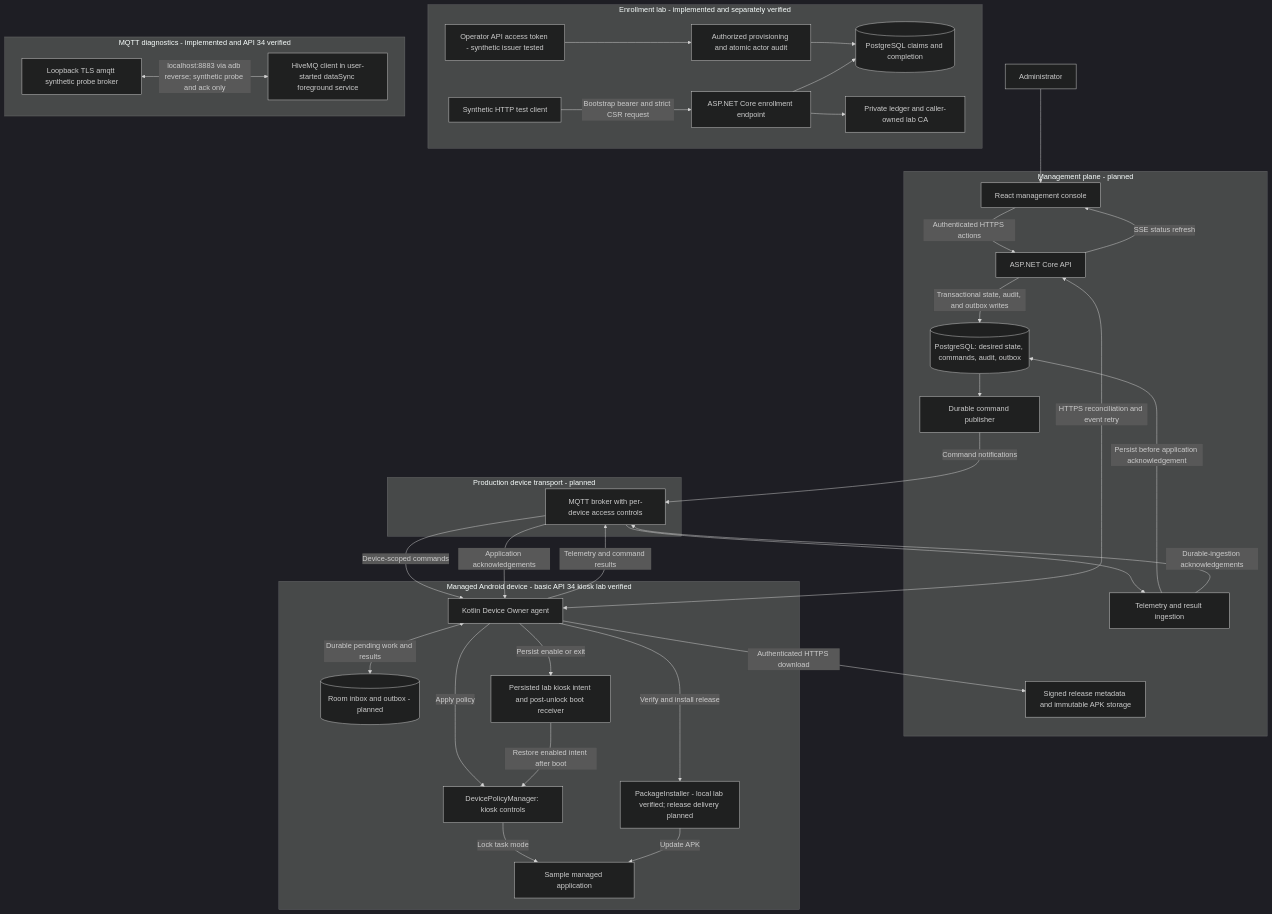
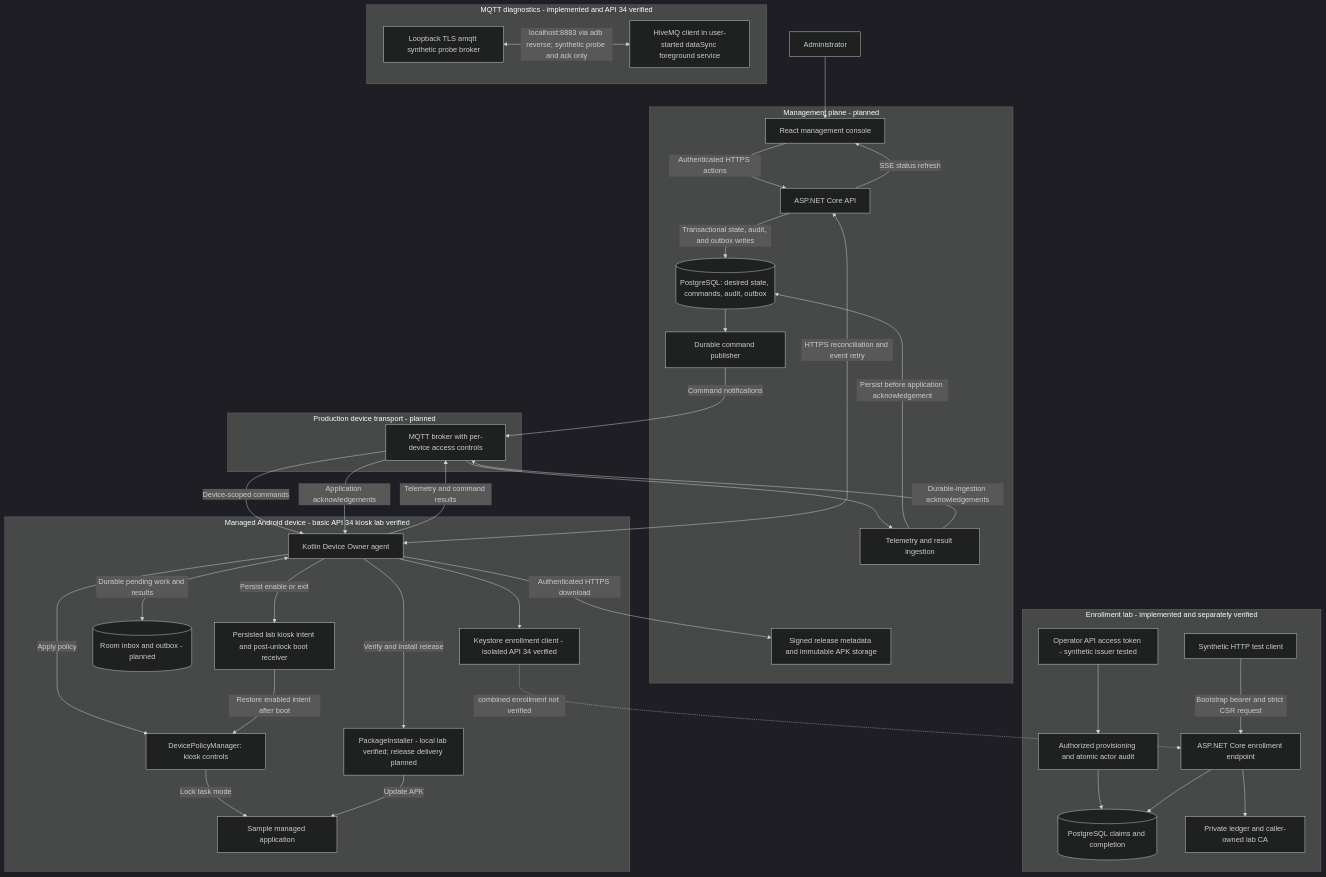
Before and after one commit to michaelnwanna/custom-android-mdm-agent: the diagram in README.md, drawn with Mermaid (dark theme). The commit also changed other lines of this file and 255 other files, not shown here.

Commit message:
Add Android Keystore enrollment lab and retained verification

````diff
--- a/README.md
+++ b/README.md
@@ -45,68 +47,71 @@
 ```mermaid
 flowchart TB
 	Admin[Administrator]
 
 	subgraph EnrollmentLab["Enrollment lab - implemented and separately verified"]
 		EnrollmentClient[Synthetic HTTP test client]
 		OperatorToken[Operator API access token - synthetic issuer tested]
 		Provisioning[Authorized provisioning and atomic actor audit]
 		OperatorToken --> Provisioning
 		Provisioning --> EnrollmentDB
 		EnrollmentAPI[ASP.NET Core enrollment endpoint]
 		EnrollmentDB[(PostgreSQL claims and completion)]
 		LabSigner[Private ledger and caller-owned lab CA]
 		EnrollmentClient -->|Bootstrap bearer and strict CSR request| EnrollmentAPI
 		EnrollmentAPI --> EnrollmentDB
 		EnrollmentAPI --> LabSigner
 	end
 
 	subgraph Management["Management plane - planned"]
 		Console[React management console]
 		API[ASP.NET Core API]
 		DB[(PostgreSQL: desired state, commands, audit, outbox)]
 		Publisher[Durable command publisher]
 		Ingest[Telemetry and result ingestion]
 		Artifacts[Signed release metadata and immutable APK storage]
 	end
 
 	subgraph Transport["Production device transport - planned"]
 		Broker[MQTT broker with per-device access controls]
 	end
 
 	subgraph Diagnostics["MQTT diagnostics - implemented and API 34 verified"]
 		LabBroker[Loopback TLS amqtt synthetic probe broker]
 		LabService[HiveMQ client in user-started dataSync foreground service]
 	end
 
 	subgraph Device["Managed Android device - basic API 34 kiosk lab verified"]
 		Agent[Kotlin Device Owner agent]
+		DeviceEnrollment[Keystore enrollment client - isolated API 34 verified]
+		Agent --> DeviceEnrollment
+		DeviceEnrollment -. combined enrollment not verified .-> EnrollmentAPI
 		Room[(Room inbox and outbox - planned)]
 		Policy[DevicePolicyManager: kiosk controls]
 		Boot[Persisted lab kiosk intent and post-unlock boot receiver]
 		Installer[PackageInstaller - local lab verified; release delivery planned]
 		Sample[Sample managed application]
 	end
 
 	Admin --> Console
 	LabBroker <-->|localhost:8883 via adb reverse; synthetic probe and ack only| LabService
 	Console -->|Authenticated HTTPS actions| API
 	API -->|Transactional state, audit, and outbox writes| DB
 	DB --> Publisher
 	Publisher -->|Command notifications| Broker
 	Broker -->|Device-scoped commands| Agent
 	Agent <-->|Durable pending work and results| Room
 	Agent -->|Apply policy| Policy
 	Agent -->|Persist enable or exit| Boot
 	Boot -->|Restore enabled intent after boot| Policy
 	Policy -->|Lock task mode| Sample
 	Agent -->|Verify and install release| Installer
 	Installer -->|Update APK| Sample
 	Agent -->|Authenticated HTTPS download| Artifacts
 	Agent -->|Telemetry and command results| Broker
 	Broker --> Ingest
 	Ingest -->|Persist before application acknowledgement| DB
 	Ingest -->|Durable-ingestion acknowledgements| Broker
 	Broker -->|Application acknowledgements| Agent
 	Agent <-->|HTTPS reconciliation and event retry| API
 	API -->|SSE status refresh| Console
 ```
````
